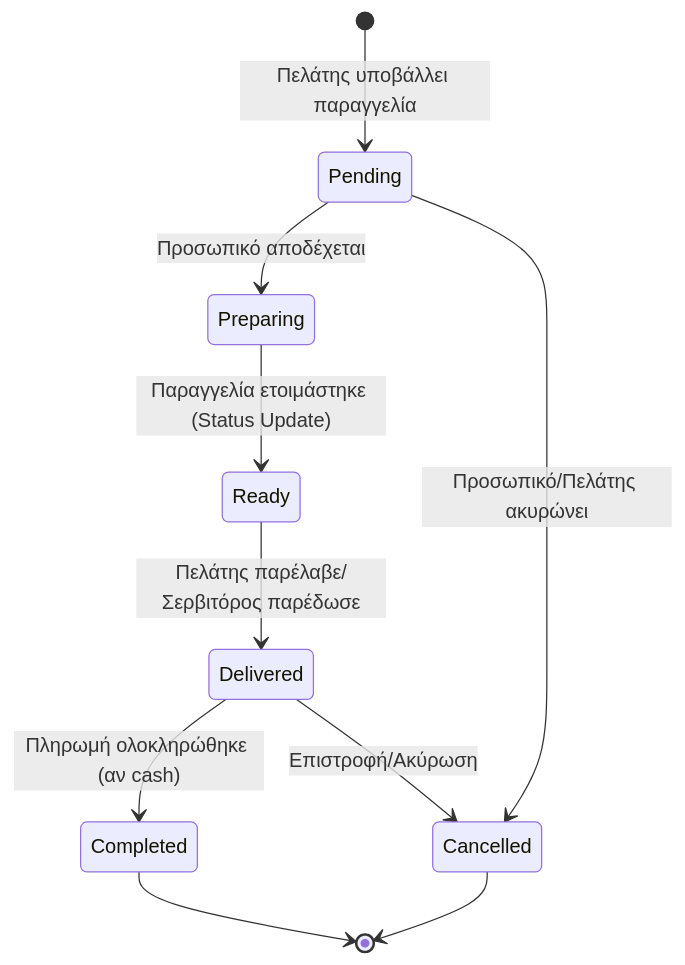
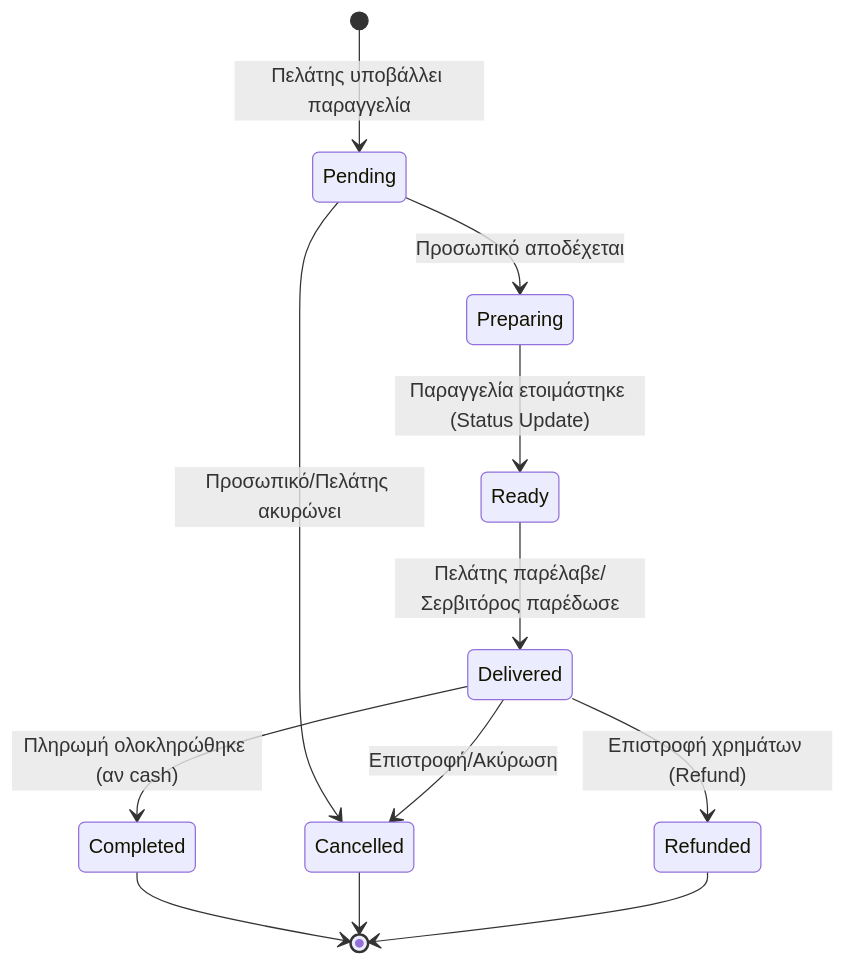
One commit to dolly450/orderly_docs changed the diagram in design/order_lifecycle.md. Above: the diagram before and after it, drawn with Mermaid. The commit also changed other lines of this file and 11 other files, not shown here.

````diff
--- a/design/order_lifecycle.md
+++ b/design/order_lifecycle.md
@@ -7,17 +7,14 @@
 ```mermaid
 stateDiagram-v2
     [*] --> Pending : Πελάτης υποβάλλει παραγγελία
-
     Pending --> Preparing : Προσωπικό αποδέχεται
     Pending --> Cancelled : Προσωπικό/Πελάτης ακυρώνει
-
     Preparing --> Ready : Παραγγελία ετοιμάστηκε (Status Update)
-
     Ready --> Delivered : Πελάτης παρέλαβε/Σερβιτόρος παρέδωσε
-
     Delivered --> Completed : Πληρωμή ολοκληρώθηκε (αν cash)
     Delivered --> Cancelled : Επιστροφή/Ακύρωση
-
+    Delivered --> Refunded : Επιστροφή χρημάτων (Refund)
     Completed --> [*]
     Cancelled --> [*]
+    Refunded --> [*]
 ```
````
